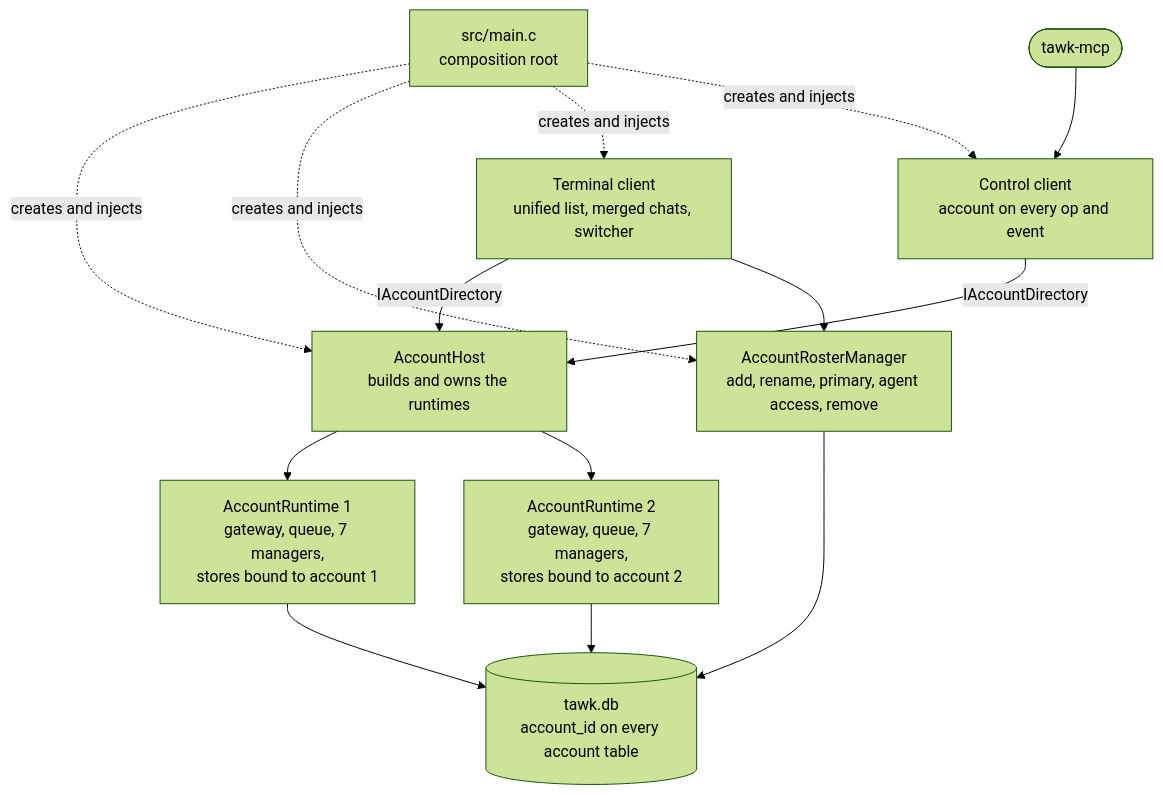
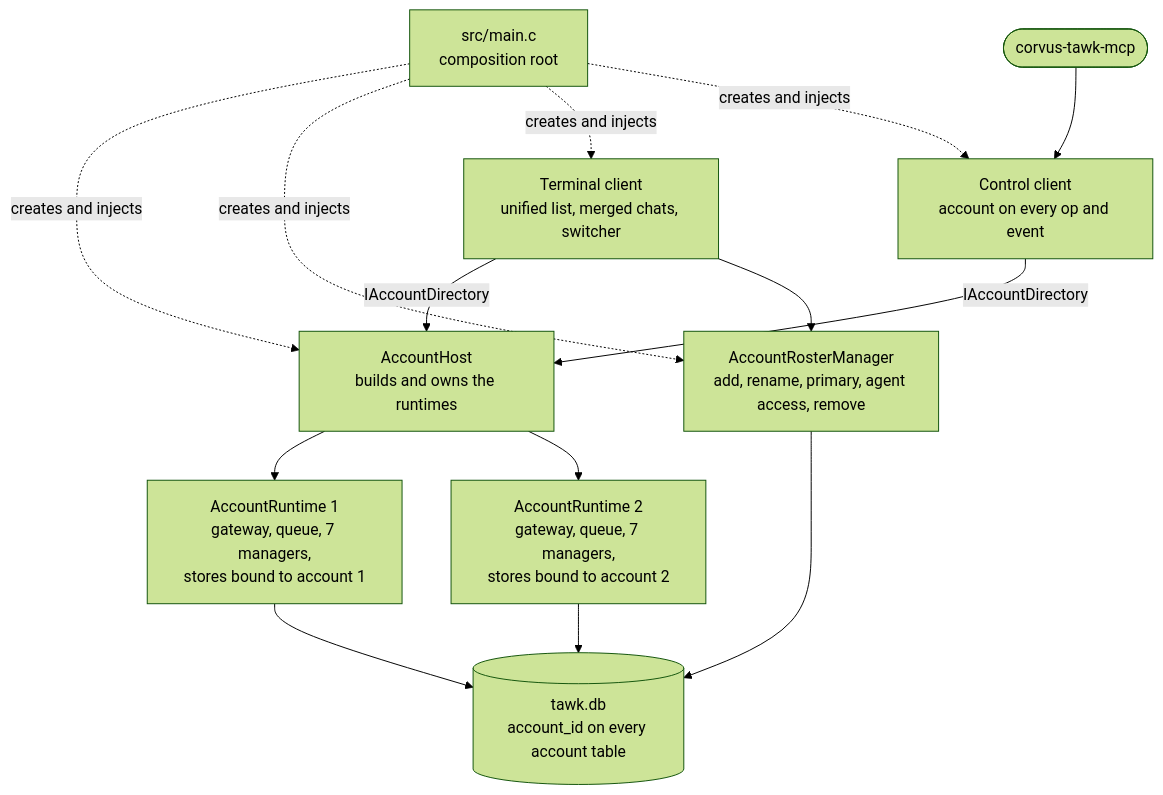
One commit to loganventer/Corvus.App.Terminal.Tawk changed the diagram in docs/plans/multi-account.md. Above: the diagram before and after it, drawn with Mermaid (forest theme). The commit also changed other lines of this file and 16 other files, not shown here.

First line of the commit message:
Update every document to corvus-tawk and the corvus/tawk folders

````diff
--- a/docs/plans/multi-account.md
+++ b/docs/plans/multi-account.md
@@ -90,21 +90,21 @@
 ```mermaid
 flowchart TD
     MAIN["src/main.c<br/>composition root"]
     HOST["AccountHost<br/>builds and owns the runtimes"]
     R1["AccountRuntime 1<br/>gateway, queue, 7 managers,<br/>stores bound to account 1"]
     R2["AccountRuntime 2<br/>gateway, queue, 7 managers,<br/>stores bound to account 2"]
     ROSTER["AccountRosterManager<br/>add, rename, primary, agent access, remove"]
     DB[("tawk.db<br/>account_id on every account table")]
     TUI["Terminal client<br/>unified list, merged chats, switcher"]
     CTL["Control client<br/>account on every op and event"]
-    MCP(["tawk-mcp"])
+    MCP(["corvus-tawk-mcp"])
 
     MAIN -.->|creates and injects| HOST & ROSTER & TUI & CTL
     HOST --> R1 & R2
     R1 & R2 --> DB
     ROSTER --> DB
     TUI -->|IAccountDirectory| HOST
     CTL -->|IAccountDirectory| HOST
     TUI --> ROSTER
     MCP --> CTL
 ```
````
